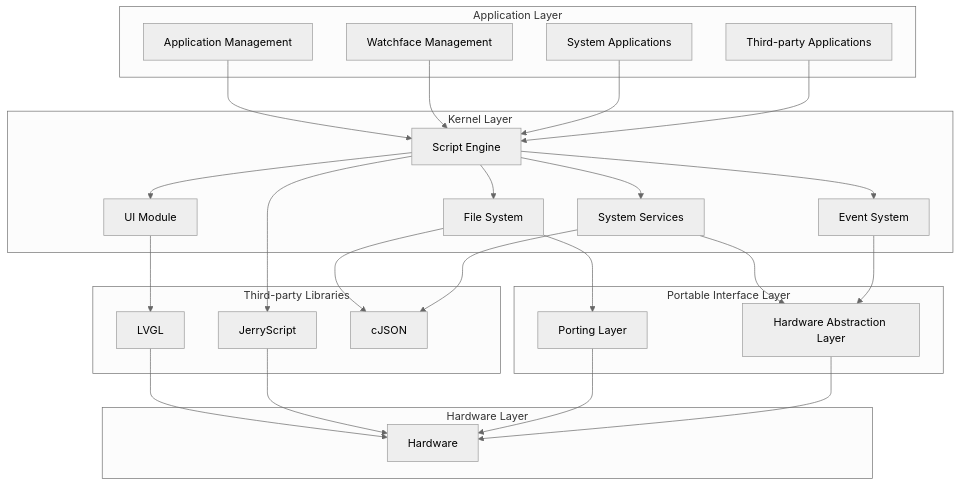
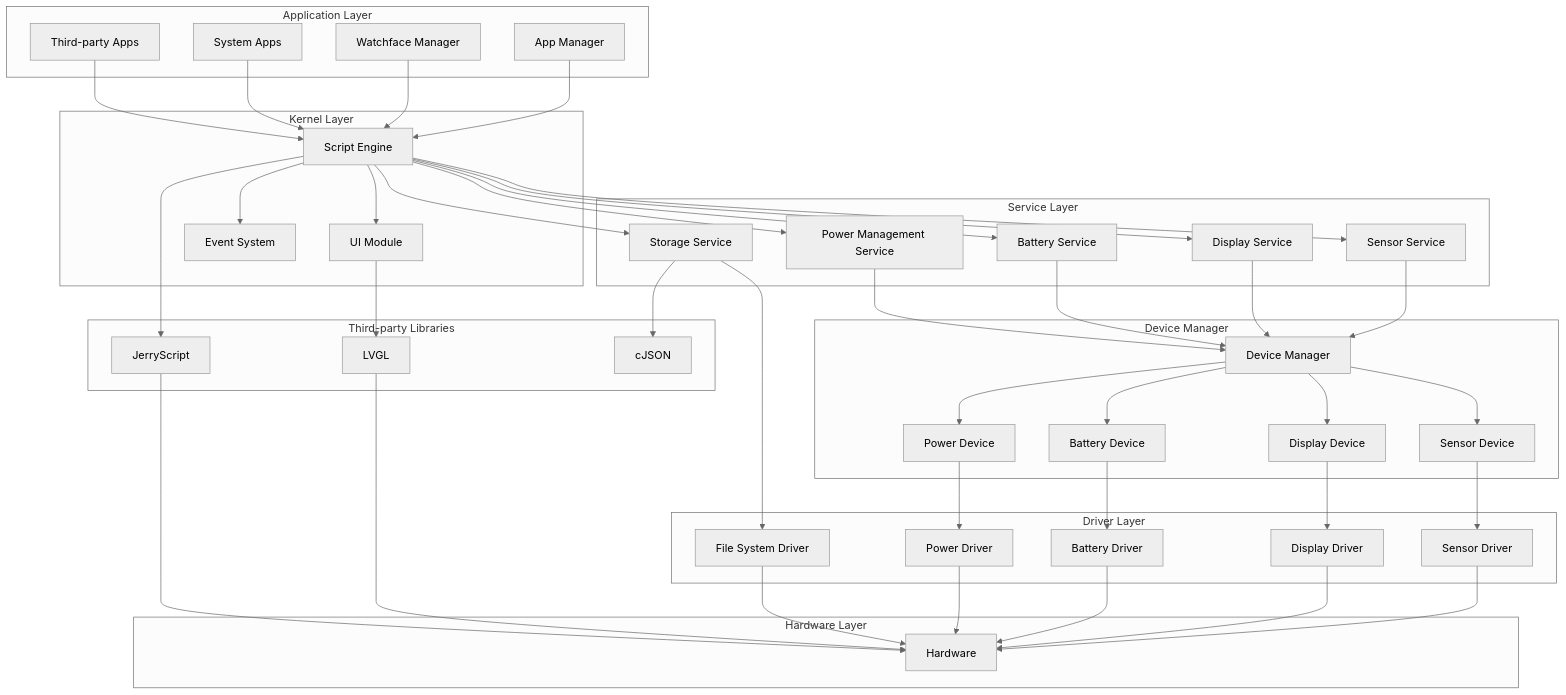
Before and after one commit to fossabot/ElenixOS-Docs: the second of 4 diagrams in i18n/en/docusaurus-plugin-content-docs/current/architecture/arch.mdx, drawn with Mermaid (neutral theme). The commit also changed other lines of this file and 92 other files, not shown here.

````diff
--- a/i18n/en/docusaurus-plugin-content-docs/current/architecture/arch.mdx
+++ b/i18n/en/docusaurus-plugin-content-docs/current/architecture/arch.mdx
@@ -92,30 +114,47 @@
 ```mermaid
 graph TD
-    subgraph ApplicationLayer["Application Layer"]
-        AppMgr["Application Management"]
-        WatchfaceMgr["Watchface Management"]
-        SystemApp["System Applications"]
-        ThirdPartyApp["Third-party Applications"]
+    subgraph Application Layer
+        AppMgr["App Manager"]
+        WatchfaceMgr["Watchface Manager"]
+        SystemApp["System Apps"]
+        ThirdPartyApp["Third-party Apps"]
     end
 
-    subgraph KernelLayer["Kernel Layer"]
+    subgraph Kernel Layer
         ScriptEngine["Script Engine"]
         UIModule["UI Module"]
-        SystemServices["System Services"]
-        FileSystem["File System"]
         EventSystem["Event System"]
     end
 
-    subgraph PortableInterfaceLayer["Portable Interface Layer"]
-        PortLayer["Porting Layer"]
-        HAL["Hardware Abstraction Layer"]
+    subgraph Service Layer
+        SensorService["Sensor Service"]
+        DisplayService["Display Service"]
+        BatteryService["Battery Service"]
+        PMService["Power Management Service"]
+        StorageService["Storage Service"]
     end
 
-    subgraph HardwareLayer["Hardware Layer"]
+    subgraph Device Manager
+        DeviceManager["Device Manager"]
+        SensorDevice["Sensor Device"]
+        DisplayDevice["Display Device"]
+        BatteryDevice["Battery Device"]
+        PowerDevice["Power Device"]
+    end
+
+    subgraph Driver Layer
+        SensorDriver["Sensor Driver"]
+        DisplayDriver["Display Driver"]
+        BatteryDriver["Battery Driver"]
+        PowerDriver["Power Driver"]
+        FileSystemDriver["File System Driver"]
+    end
+
+    subgraph Hardware Layer
         Hardware["Hardware"]
     end
 
-    subgraph ThirdPartyLibraries["Third-party Libraries"]
+    subgraph Third-party Libraries
         LVGL["LVGL"]
         JerryScript["JerryScript"]
         CJSON["cJSON"]
@@ -127,21 +166,39 @@
     ThirdPartyApp --> ScriptEngine
 
     ScriptEngine --> UIModule
-    ScriptEngine --> SystemServices
-    ScriptEngine --> FileSystem
+    ScriptEngine --> SensorService
+    ScriptEngine --> DisplayService
+    ScriptEngine --> BatteryService
+    ScriptEngine --> PMService
+    ScriptEngine --> StorageService
     ScriptEngine --> EventSystem
 
     UIModule --> LVGL
-    SystemServices --> HAL
-    FileSystem --> PortLayer
-    EventSystem --> HAL
+    SensorService --> DeviceManager
+    DisplayService --> DeviceManager
+    BatteryService --> DeviceManager
+    PMService --> DeviceManager
+    StorageService --> FileSystemDriver
+
+    DeviceManager --> SensorDevice
+    DeviceManager --> DisplayDevice
+    DeviceManager --> BatteryDevice
+    DeviceManager --> PowerDevice
+
+    SensorDevice --> SensorDriver
+    DisplayDevice --> DisplayDriver
+    BatteryDevice --> BatteryDriver
+    PowerDevice --> PowerDriver
+
+    SensorDriver --> Hardware
+    DisplayDriver --> Hardware
+    BatteryDriver --> Hardware
+    PowerDriver --> Hardware
+    FileSystemDriver --> Hardware
+
+    ScriptEngine --> JerryScript
+    StorageService --> CJSON
 
     LVGL --> Hardware
     JerryScript --> Hardware
-    PortLayer --> Hardware
-    HAL --> Hardware
-
-    ScriptEngine --> JerryScript
-    FileSystem --> CJSON
-    SystemServices --> CJSON
 ```
````
